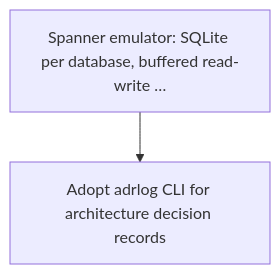
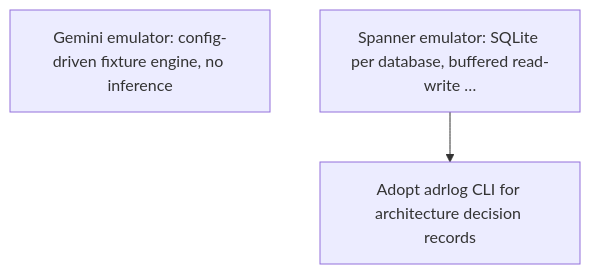
Before and after one commit to GuitarWag/gcp-local: the diagram in docs/adr/README.md, drawn with Mermaid. The commit also changed other lines of this file and 14 other files, not shown here.

````diff
--- a/docs/adr/README.md
+++ b/docs/adr/README.md
@@ -12,6 +13,7 @@
 ```mermaid
 graph TD
-  n0["Spanner emulator: SQLite per database, buffered read-write …"]
-  n1["Adopt adrlog CLI for architecture decision records"]
-  n0 --> n1
+  n0["Gemini emulator: config-driven fixture engine, no inference"]
+  n1["Spanner emulator: SQLite per database, buffered read-write …"]
+  n2["Adopt adrlog CLI for architecture decision records"]
+  n1 --> n2
 ```
````
